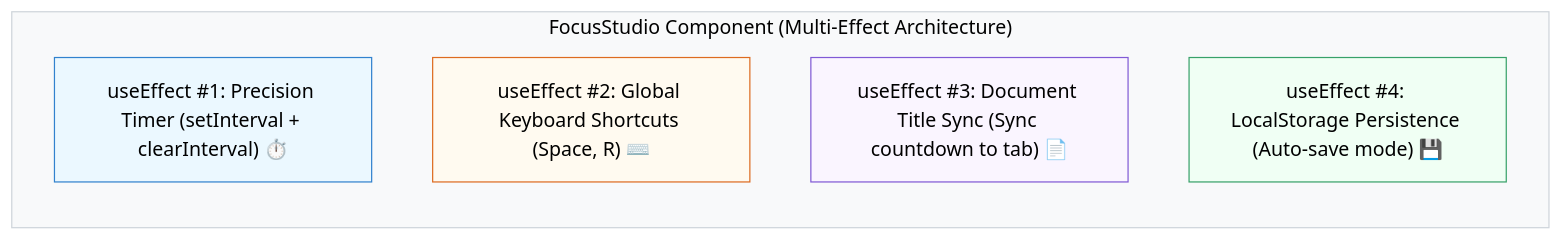
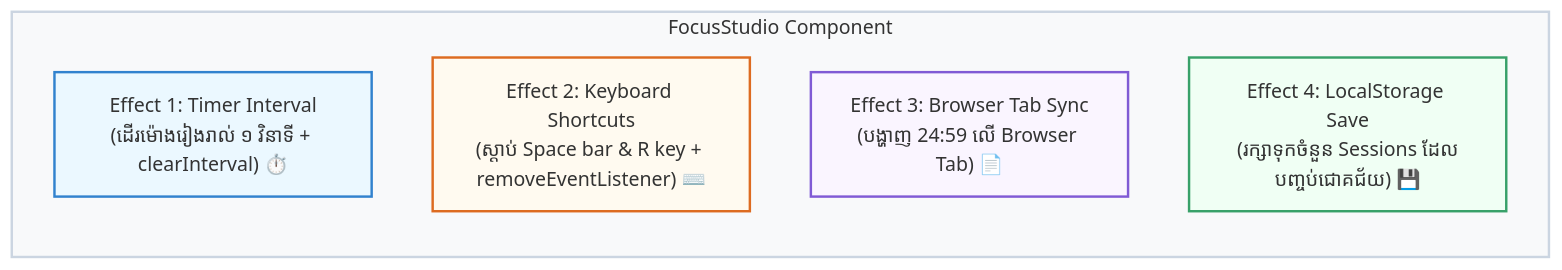
The diagram in src/courses/react/module-4-useeffect/06-mini-project.mdx (Ari-ICU/full-stack-short-coures), drawn with Mermaid before and after one commit. The commit also changed other lines of this file and 4 other files, not shown here.

````diff
--- a/src/courses/react/module-4-useeffect/06-mini-project.mdx
+++ b/src/courses/react/module-4-useeffect/06-mini-project.mdx
@@ -25,16 +36,16 @@
 ```mermaid
 flowchart TD
-    subgraph Component["FocusStudio Component (Multi-Effect Architecture)"]
+    subgraph Studio["FocusStudio Component"]
         direction TB
-        E1["useEffect #1: Precision Timer (setInterval + clearInterval) ⏱️"]
-        E2["useEffect #2: Global Keyboard Shortcuts (Space, R) ⌨️"]
-        E3["useEffect #3: Document Title Sync (Sync countdown to tab) 📄"]
-        E4["useEffect #4: LocalStorage Persistence (Auto-save mode) 💾"]
+        E1["Effect 1: Timer Interval<br/>(ដើរម៉ោងរៀងរាល់ ១ វិនាទី + clearInterval) ⏱️"]
+        E2["Effect 2: Keyboard Shortcuts<br/>(ស្ដាប់ Space bar & R key + removeEventListener) ⌨️"]
+        E3["Effect 3: Browser Tab Sync<br/>(បង្ហាញ 24:59 លើ Browser Tab) 📄"]
+        E4["Effect 4: LocalStorage Save<br/>(រក្សាទុកចំនួន Sessions ដែលបញ្ចប់ជោគជ័យ) 💾"]
     end
 
-    style Component fill:#f8f9fa,stroke:#ced4da,color:#000
-    style E1 fill:#ebf8ff,stroke:#3182ce,color:#000
-    style E2 fill:#fffaf0,stroke:#dd6b20,color:#000
-    style E3 fill:#faf5ff,stroke:#805ad5,color:#000
-    style E4 fill:#f0fff4,stroke:#38a169,color:#000
+    style Studio fill:#f8f9fa,stroke:#cbd5e1,stroke-width:2px
+    style E1 fill:#ebf8ff,stroke:#3182ce,stroke-width:2px
+    style E2 fill:#fffaf0,stroke:#dd6b20,stroke-width:2px
+    style E3 fill:#faf5ff,stroke:#805ad5,stroke-width:2px
+    style E4 fill:#f0fff4,stroke:#38a169,stroke-width:2px
 ```
````
